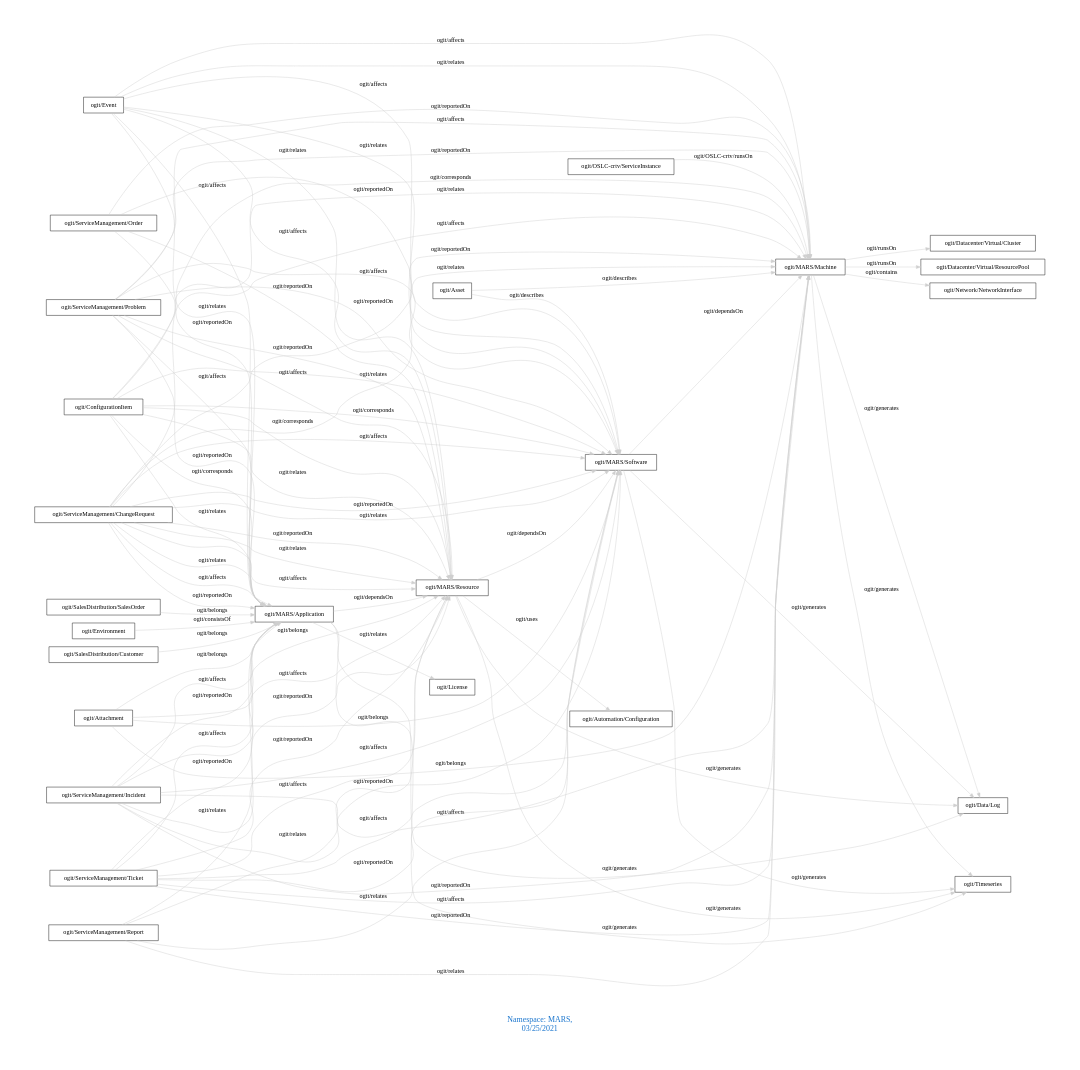
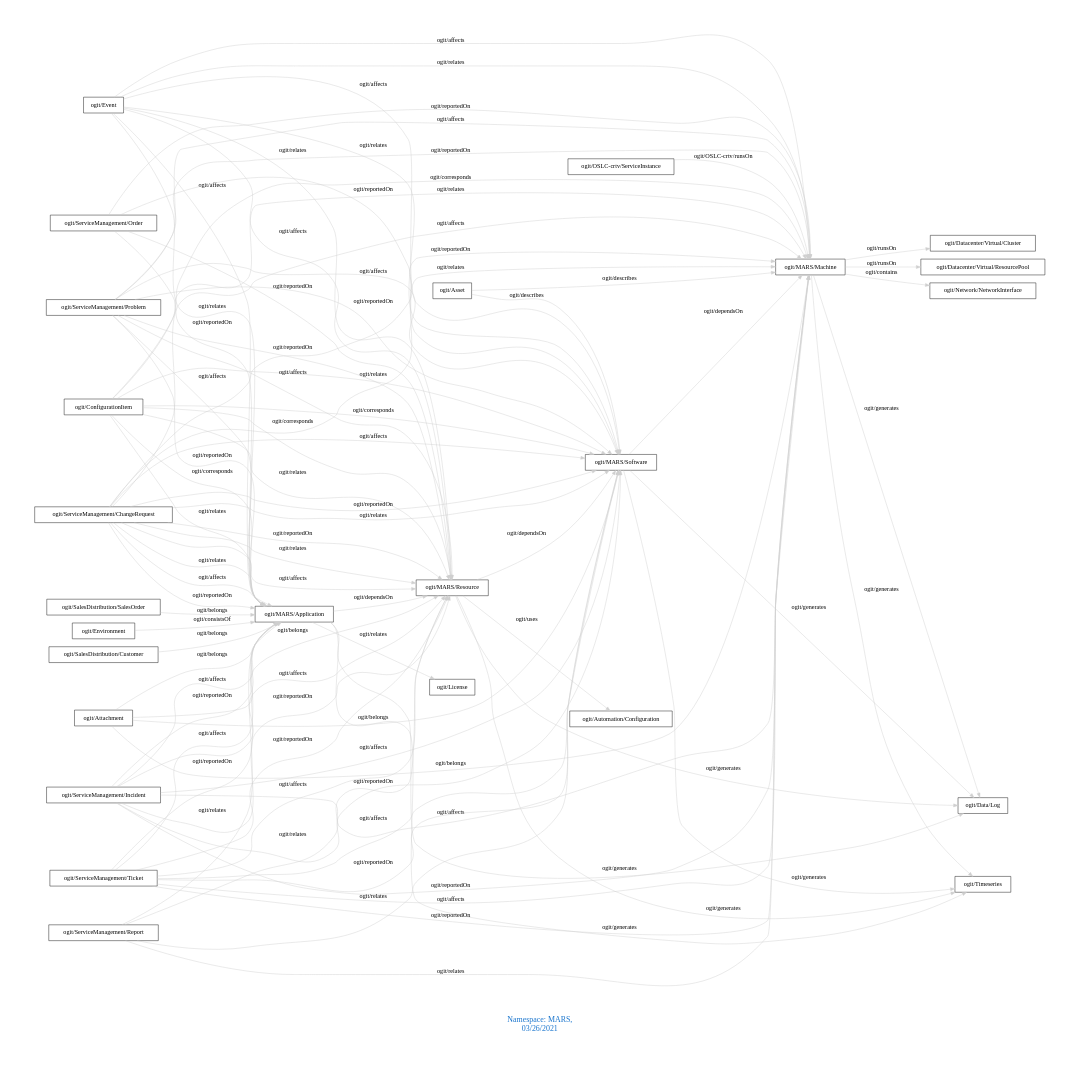
The diagram in downloads/MARS.dot (arago/OGIT), drawn with Graphviz before and after one commit. The commit also changed 1848 other files, not shown here.

```diff
--- a/downloads/MARS.dot
+++ b/downloads/MARS.dot
@@ -1,94 +1,94 @@
 digraph OGIT_ontology {
  graph [ rankdir= LR,pad=1 
 fontsize = 18,
-fontcolor= dodgerblue3,label = "\n\n\nNamespace: MARS, \n 03/25/2021"];
+fontcolor= dodgerblue3,label = "\n\n\nNamespace: MARS, \n 03/26/2021"];
 node[shape=polygon];
 edge [  color="gray81"];
 
    "ogit/MARS/Machine" -> "ogit/Network/NetworkInterface" [label="   ogit/contains    "];
    "ogit/MARS/Machine" -> "ogit/Datacenter/Virtual/Cluster" [label="   ogit/runsOn    "];
    "ogit/MARS/Machine" -> "ogit/Datacenter/Virtual/ResourcePool" [label="   ogit/runsOn    "];
    "ogit/MARS/Application" -> "ogit/Data/Log" [label="   ogit/generates    "];
    "ogit/MARS/Application" -> "ogit/Timeseries" [label="   ogit/generates    "];
    "ogit/MARS/Machine" -> "ogit/Data/Log" [label="   ogit/generates    "];
    "ogit/MARS/Machine" -> "ogit/Timeseries" [label="   ogit/generates    "];
    "ogit/MARS/Resource" -> "ogit/Data/Log" [label="   ogit/generates    "];
    "ogit/MARS/Resource" -> "ogit/Timeseries" [label="   ogit/generates    "];
    "ogit/MARS/Software" -> "ogit/Data/Log" [label="   ogit/generates    "];
    "ogit/MARS/Software" -> "ogit/Timeseries" [label="   ogit/generates    "];
    "ogit/Asset" -> "ogit/MARS/Software" [label="   ogit/describes    "];
    "ogit/Asset" -> "ogit/MARS/Machine" [label="   ogit/describes    "];
    "ogit/ConfigurationItem" -> "ogit/MARS/Application" [label="   ogit/corresponds    "];
    "ogit/ConfigurationItem" -> "ogit/MARS/Resource" [label="   ogit/corresponds    "];
    "ogit/ConfigurationItem" -> "ogit/MARS/Software" [label="   ogit/corresponds    "];
    "ogit/ConfigurationItem" -> "ogit/MARS/Machine" [label="   ogit/corresponds    "];
    "ogit/ServiceManagement/ChangeRequest" -> "ogit/MARS/Application" [label="   ogit/affects    "];
    "ogit/ServiceManagement/ChangeRequest" -> "ogit/MARS/Resource" [label="   ogit/affects    "];
    "ogit/ServiceManagement/ChangeRequest" -> "ogit/MARS/Software" [label="   ogit/affects    "];
    "ogit/ServiceManagement/ChangeRequest" -> "ogit/MARS/Machine" [label="   ogit/affects    "];
    "ogit/ServiceManagement/Incident" -> "ogit/MARS/Application" [label="   ogit/affects    "];
    "ogit/ServiceManagement/Incident" -> "ogit/MARS/Resource" [label="   ogit/affects    "];
    "ogit/ServiceManagement/Incident" -> "ogit/MARS/Software" [label="   ogit/affects    "];
    "ogit/ServiceManagement/Incident" -> "ogit/MARS/Machine" [label="   ogit/affects    "];
    "ogit/ServiceManagement/Problem" -> "ogit/MARS/Application" [label="   ogit/affects    "];
    "ogit/ServiceManagement/Problem" -> "ogit/MARS/Resource" [label="   ogit/affects    "];
    "ogit/ServiceManagement/Problem" -> "ogit/MARS/Software" [label="   ogit/affects    "];
    "ogit/ServiceManagement/Problem" -> "ogit/MARS/Machine" [label="   ogit/affects    "];
    "ogit/ServiceManagement/Ticket" -> "ogit/MARS/Application" [label="   ogit/affects    "];
    "ogit/ServiceManagement/Ticket" -> "ogit/MARS/Resource" [label="   ogit/affects    "];
    "ogit/ServiceManagement/Ticket" -> "ogit/MARS/Software" [label="   ogit/affects    "];
    "ogit/ServiceManagement/Ticket" -> "ogit/MARS/Machine" [label="   ogit/affects    "];
    "ogit/Event" -> "ogit/MARS/Application" [label="   ogit/affects    "];
    "ogit/Event" -> "ogit/MARS/Resource" [label="   ogit/affects    "];
    "ogit/Event" -> "ogit/MARS/Software" [label="   ogit/affects    "];
    "ogit/Event" -> "ogit/MARS/Machine" [label="   ogit/affects    "];
    "ogit/OSLC-crtv/ServiceInstance" -> "ogit/MARS/Machine" [label="   ogit/OSLC-crtv/runsOn    "];
    "ogit/MARS/Application" -> "ogit/MARS/Resource" [label="   ogit/dependsOn    "];
    "ogit/MARS/Resource" -> "ogit/MARS/Software" [label="   ogit/dependsOn    "];
    "ogit/MARS/Software" -> "ogit/MARS/Machine" [label="   ogit/dependsOn    "];
    "ogit/SalesDistribution/Customer" -> "ogit/MARS/Application" [label="   ogit/belongs    "];
    "ogit/SalesDistribution/SalesOrder" -> "ogit/MARS/Application" [label="   ogit/belongs    "];
    "ogit/Attachment" -> "ogit/MARS/Machine" [label="   ogit/belongs    "];
    "ogit/Attachment" -> "ogit/MARS/Software" [label="   ogit/belongs    "];
    "ogit/Attachment" -> "ogit/MARS/Resource" [label="   ogit/belongs    "];
    "ogit/Attachment" -> "ogit/MARS/Application" [label="   ogit/belongs    "];
    "ogit/MARS/Resource" -> "ogit/Automation/Configuration" [label="   ogit/uses    "];
    "ogit/ServiceManagement/ChangeRequest" -> "ogit/MARS/Machine" [label="   ogit/reportedOn    "];
    "ogit/ServiceManagement/ChangeRequest" -> "ogit/MARS/Software" [label="   ogit/reportedOn    "];
    "ogit/ServiceManagement/ChangeRequest" -> "ogit/MARS/Resource" [label="   ogit/reportedOn    "];
    "ogit/ServiceManagement/ChangeRequest" -> "ogit/MARS/Application" [label="   ogit/reportedOn    "];
    "ogit/ServiceManagement/Incident" -> "ogit/MARS/Machine" [label="   ogit/reportedOn    "];
    "ogit/ServiceManagement/Incident" -> "ogit/MARS/Software" [label="   ogit/reportedOn    "];
    "ogit/ServiceManagement/Incident" -> "ogit/MARS/Resource" [label="   ogit/reportedOn    "];
    "ogit/ServiceManagement/Incident" -> "ogit/MARS/Application" [label="   ogit/reportedOn    "];
    "ogit/ServiceManagement/Order" -> "ogit/MARS/Machine" [label="   ogit/reportedOn    "];
    "ogit/ServiceManagement/Order" -> "ogit/MARS/Software" [label="   ogit/reportedOn    "];
    "ogit/ServiceManagement/Order" -> "ogit/MARS/Resource" [label="   ogit/reportedOn    "];
    "ogit/ServiceManagement/Order" -> "ogit/MARS/Application" [label="   ogit/reportedOn    "];
    "ogit/ServiceManagement/Problem" -> "ogit/MARS/Machine" [label="   ogit/reportedOn    "];
    "ogit/ServiceManagement/Problem" -> "ogit/MARS/Software" [label="   ogit/reportedOn    "];
    "ogit/ServiceManagement/Problem" -> "ogit/MARS/Resource" [label="   ogit/reportedOn    "];
    "ogit/ServiceManagement/Problem" -> "ogit/MARS/Application" [label="   ogit/reportedOn    "];
    "ogit/ServiceManagement/Ticket" -> "ogit/MARS/Machine" [label="   ogit/reportedOn    "];
    "ogit/ServiceManagement/Ticket" -> "ogit/MARS/Software" [label="   ogit/reportedOn    "];
    "ogit/ServiceManagement/Ticket" -> "ogit/MARS/Resource" [label="   ogit/reportedOn    "];
    "ogit/ServiceManagement/Ticket" -> "ogit/MARS/Application" [label="   ogit/reportedOn    "];
    "ogit/Environment" -> "ogit/MARS/Application" [label="   ogit/consistsOf    "];
    "ogit/MARS/Application" -> "ogit/License" [label="   ogit/relates    "];
    "ogit/ServiceManagement/ChangeRequest" -> "ogit/MARS/Machine" [label="   ogit/relates    "];
    "ogit/ServiceManagement/ChangeRequest" -> "ogit/MARS/Software" [label="   ogit/relates    "];
    "ogit/ServiceManagement/ChangeRequest" -> "ogit/MARS/Resource" [label="   ogit/relates    "];
    "ogit/ServiceManagement/ChangeRequest" -> "ogit/MARS/Application" [label="   ogit/relates    "];
    "ogit/ServiceManagement/Report" -> "ogit/MARS/Machine" [label="   ogit/relates    "];
    "ogit/ServiceManagement/Report" -> "ogit/MARS/Software" [label="   ogit/relates    "];
    "ogit/ServiceManagement/Report" -> "ogit/MARS/Resource" [label="   ogit/relates    "];
    "ogit/ServiceManagement/Report" -> "ogit/MARS/Application" [label="   ogit/relates    "];
    "ogit/ConfigurationItem" -> "ogit/MARS/Machine" [label="   ogit/relates    "];
    "ogit/ConfigurationItem" -> "ogit/MARS/Software" [label="   ogit/relates    "];
    "ogit/ConfigurationItem" -> "ogit/MARS/Resource" [label="   ogit/relates    "];
    "ogit/ConfigurationItem" -> "ogit/MARS/Application" [label="   ogit/relates    "];
    "ogit/Event" -> "ogit/MARS/Machine" [label="   ogit/relates    "];
    "ogit/Event" -> "ogit/MARS/Software" [label="   ogit/relates    "];
    "ogit/Event" -> "ogit/MARS/Resource" [label="   ogit/relates    "];
    "ogit/Event" -> "ogit/MARS/Application" [label="   ogit/relates    "];
 }
```
